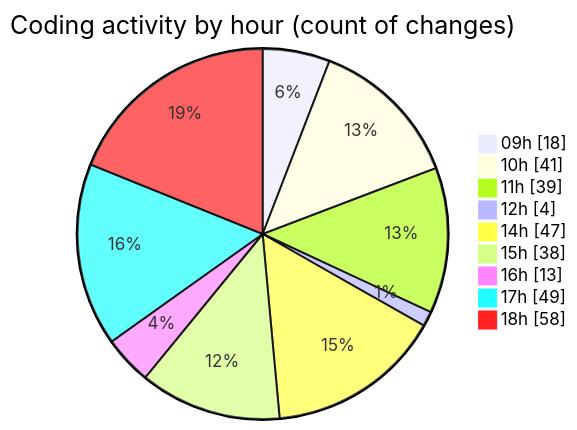
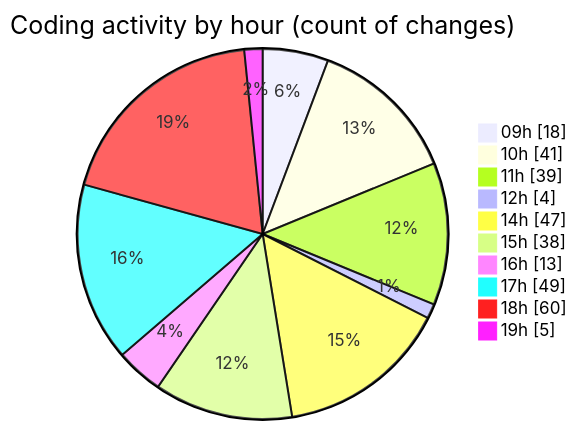
The second of 2 diagrams in 2025-02-11/cda/README.md (momahboobian/code-tracking), drawn with Mermaid before and after one commit. The commit also changed other lines of this file and 1 other file, not shown here.

````diff
--- a/2025-02-11/cda/README.md
+++ b/2025-02-11/cda/README.md
@@ -34,13 +34,14 @@
 ```mermaid
 pie showData
 title Coding activity by hour (count of changes)
 "09h" : 18
 "10h" : 41
 "11h" : 39
 "12h" : 4
 "14h" : 47
 "15h" : 38
 "16h" : 13
 "17h" : 49
-"18h" : 58
+"18h" : 60
+"19h" : 5
 ```
````
